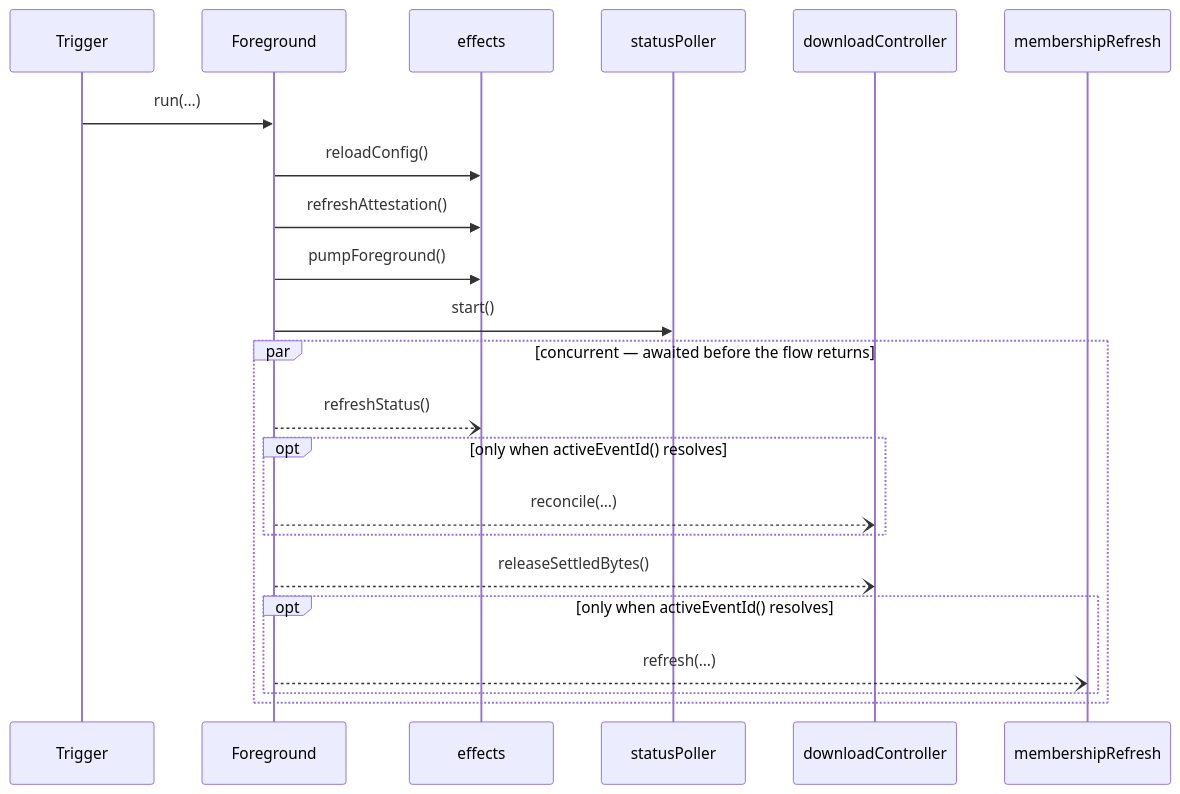
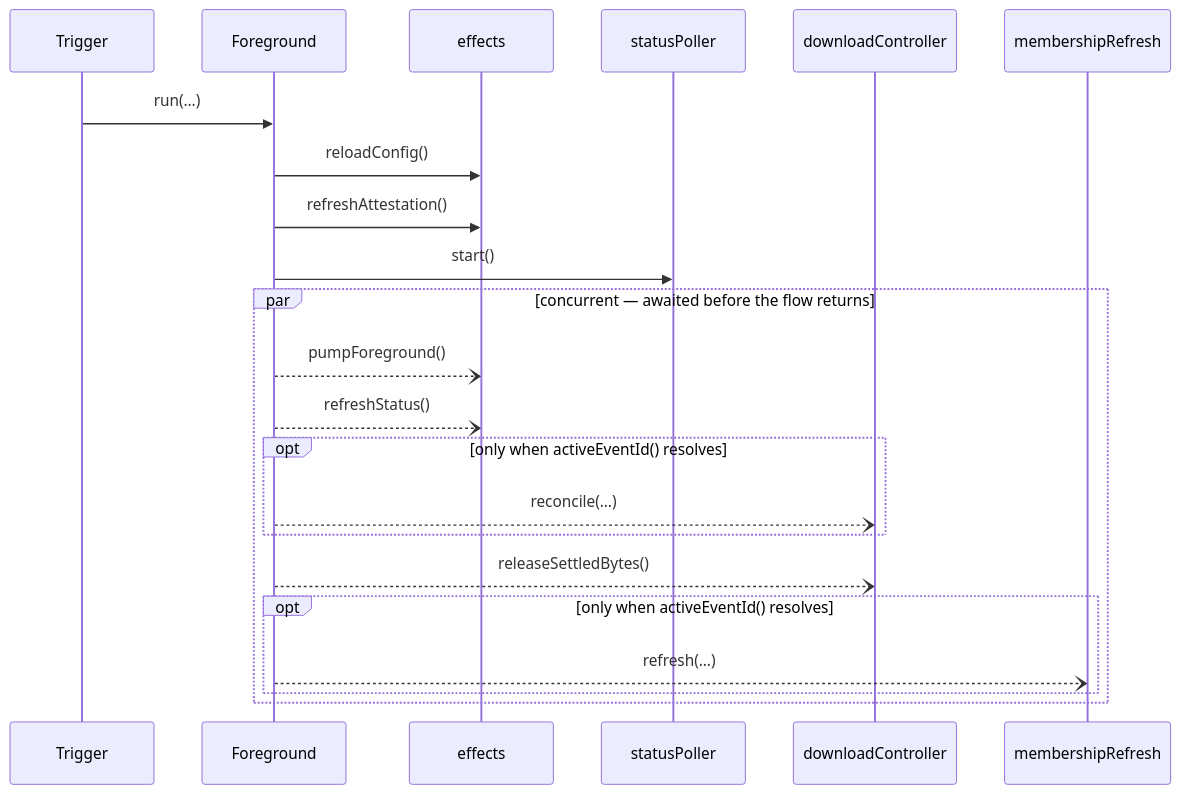
Before and after one commit to stefanhoelzl/SnapSync: the diagram in architecture/flows/Foreground.md, drawn with Mermaid. The commit also changed 31 other files, not shown here.

````diff
--- a/architecture/flows/Foreground.md
+++ b/architecture/flows/Foreground.md
@@ -14,24 +14,24 @@
 ```mermaid
 sequenceDiagram
   participant Trigger
   participant Foreground
   participant effects
   participant statusPoller
   participant downloadController
   participant membershipRefresh
   Trigger->>Foreground: run(…)
   Foreground->>effects: reloadConfig()
   Foreground->>effects: refreshAttestation()
-  Foreground->>effects: pumpForeground()
   Foreground->>statusPoller: start()
   par concurrent — awaited before the flow returns
+    Foreground--)effects: pumpForeground()
     Foreground--)effects: refreshStatus()
     opt only when activeEventId() resolves
       Foreground--)downloadController: reconcile(…)
     end
     Foreground--)downloadController: releaseSettledBytes()
     opt only when activeEventId() resolves
       Foreground--)membershipRefresh: refresh(…)
     end
   end
 ```
````
